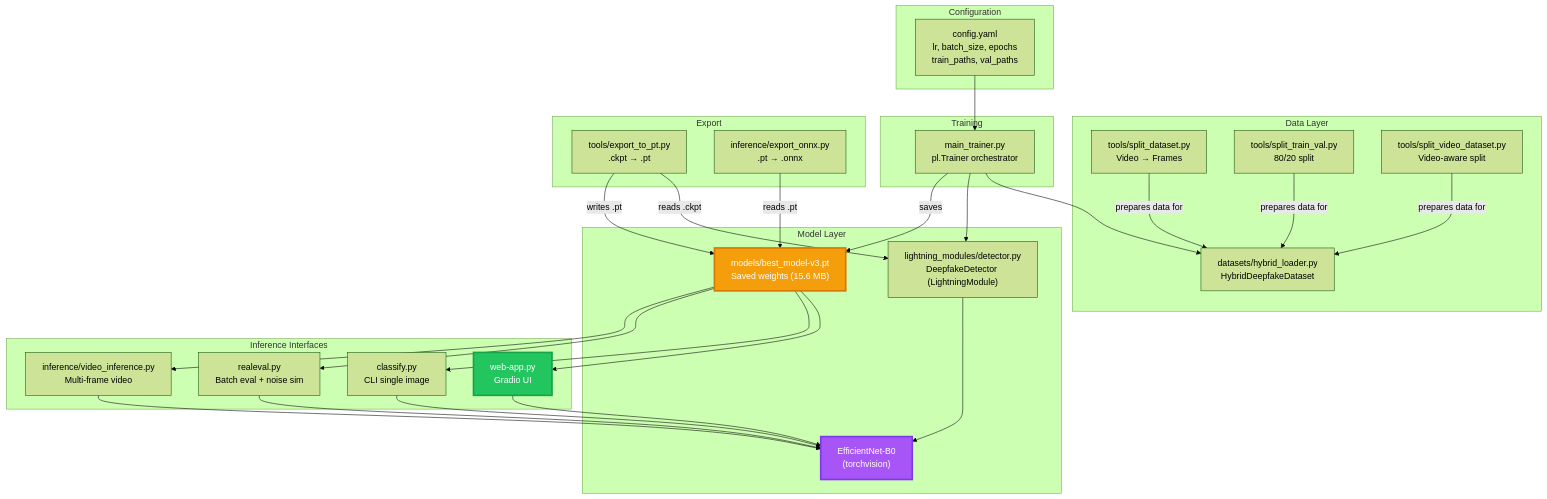
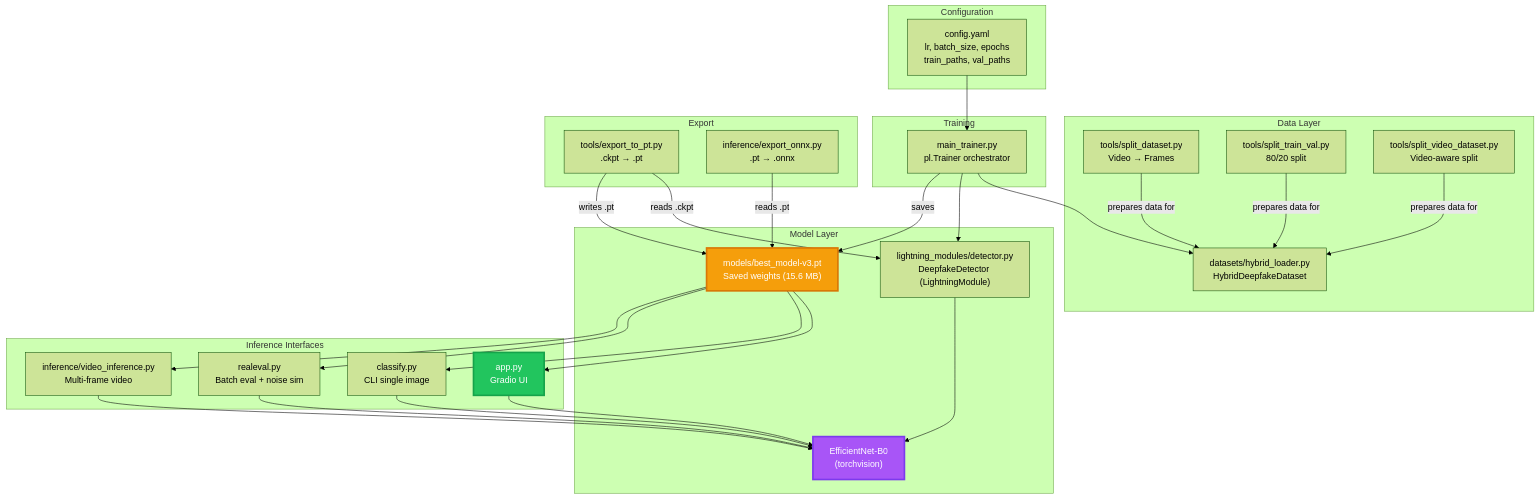
One commit to sagarbhati23/deepfake-detector changed diagram 14 of 20 in ARCHITECTURE.md. Above: the diagram before and after it, drawn with Mermaid (forest theme). The commit also changed other lines of this file and 2 other files, not shown here.

Commit message:
Rename web-app.py to app.py and update references in documentation

````diff
--- a/ARCHITECTURE.md
+++ b/ARCHITECTURE.md
@@ -650,63 +650,63 @@
 ```mermaid
 graph TB
     subgraph "Configuration"
         CFG["config.yaml<br/>lr, batch_size, epochs<br/>train_paths, val_paths"]
     end
 
     subgraph "Data Layer"
         HL["datasets/hybrid_loader.py<br/>HybridDeepfakeDataset"]
         SD["tools/split_dataset.py<br/>Video → Frames"]
         STV["tools/split_train_val.py<br/>80/20 split"]
         SVD["tools/split_video_dataset.py<br/>Video-aware split"]
     end
 
     subgraph "Model Layer"
         DET["lightning_modules/detector.py<br/>DeepfakeDetector (LightningModule)"]
         ENET["EfficientNet-B0<br/>(torchvision)"]
         WEIGHTS["models/best_model-v3.pt<br/>Saved weights (15.6 MB)"]
     end
 
     subgraph "Training"
         MT["main_trainer.py<br/>pl.Trainer orchestrator"]
     end
 
     subgraph "Inference Interfaces"
-        WA["web-app.py<br/>Gradio UI"]
+        WA["app.py<br/>Gradio UI"]
         CL["classify.py<br/>CLI single image"]
         RE["realeval.py<br/>Batch eval + noise sim"]
         VI["inference/video_inference.py<br/>Multi-frame video"]
     end
 
     subgraph "Export"
         EPT["tools/export_to_pt.py<br/>.ckpt → .pt"]
         EON["inference/export_onnx.py<br/>.pt → .onnx"]
     end
 
     CFG --> MT
     MT --> HL
     MT --> DET
     DET --> ENET
     MT -->|"saves"| WEIGHTS
 
     SD -->|"prepares data for"| HL
     STV -->|"prepares data for"| HL
     SVD -->|"prepares data for"| HL
 
     WEIGHTS --> WA
     WEIGHTS --> CL
     WEIGHTS --> RE
     WEIGHTS --> VI
 
     WA --> ENET
     CL --> ENET
     RE --> ENET
     VI --> ENET
 
     EPT -->|"reads .ckpt"| DET
     EPT -->|"writes .pt"| WEIGHTS
     EON -->|"reads .pt"| WEIGHTS
 
     style ENET fill:#a855f7,stroke:#7c3aed,color:#fff,stroke-width:3px
     style WEIGHTS fill:#f59e0b,stroke:#d97706,color:#fff,stroke-width:3px
     style WA fill:#22c55e,stroke:#16a34a,color:#fff,stroke-width:3px
 ```
````
